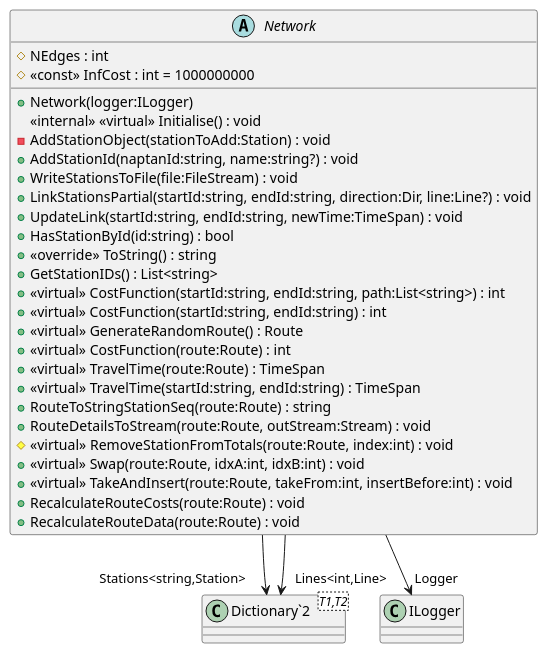
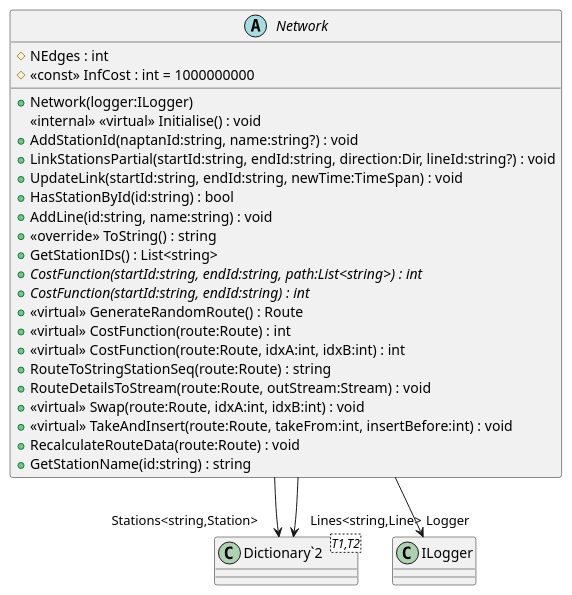
Before and after one commit to Liftyee/london-tube-navigator: the diagram in TubeChallengeRouter/puml/TransportNetwork/Network.puml, drawn with PlantUML. The commit also changed 19 other files, not shown here.

```diff
--- a/TubeChallengeRouter/puml/TransportNetwork/Network.puml
+++ b/TubeChallengeRouter/puml/TransportNetwork/Network.puml
@@ -1,34 +1,31 @@
 @startuml
 abstract class Network {
     # NEdges : int
     # <<const>> InfCost : int = 1000000000
     + Network(logger:ILogger)
     <<internal>> <<virtual>> Initialise() : void
-    - AddStationObject(stationToAdd:Station) : void
     + AddStationId(naptanId:string, name:string?) : void
-    + WriteStationsToFile(file:FileStream) : void
-    + LinkStationsPartial(startId:string, endId:string, direction:Dir, line:Line?) : void
+    + LinkStationsPartial(startId:string, endId:string, direction:Dir, lineId:string?) : void
     + UpdateLink(startId:string, endId:string, newTime:TimeSpan) : void
     + HasStationById(id:string) : bool
+    + AddLine(id:string, name:string) : void
     + <<override>> ToString() : string
     + GetStationIDs() : List<string>
-    + <<virtual>> CostFunction(startId:string, endId:string, path:List<string>) : int
-    + <<virtual>> CostFunction(startId:string, endId:string) : int
+    + {abstract} CostFunction(startId:string, endId:string, path:List<string>) : int
+    + {abstract} CostFunction(startId:string, endId:string) : int
     + <<virtual>> GenerateRandomRoute() : Route
     + <<virtual>> CostFunction(route:Route) : int
-    + <<virtual>> TravelTime(route:Route) : TimeSpan
-    + <<virtual>> TravelTime(startId:string, endId:string) : TimeSpan
+    + <<virtual>> CostFunction(route:Route, idxA:int, idxB:int) : int
     + RouteToStringStationSeq(route:Route) : string
     + RouteDetailsToStream(route:Route, outStream:Stream) : void
-    # <<virtual>> RemoveStationFromTotals(route:Route, index:int) : void
     + <<virtual>> Swap(route:Route, idxA:int, idxB:int) : void
     + <<virtual>> TakeAndInsert(route:Route, takeFrom:int, insertBefore:int) : void
-    + RecalculateRouteCosts(route:Route) : void
     + RecalculateRouteData(route:Route) : void
+    + GetStationName(id:string) : string
 }
 class "Dictionary`2"<T1,T2> {
 }
 Network --> "Stations<string,Station>" "Dictionary`2"
-Network --> "Lines<int,Line>" "Dictionary`2"
+Network --> "Lines<string,Line>" "Dictionary`2"
 Network --> "Logger" ILogger
 @enduml
```
